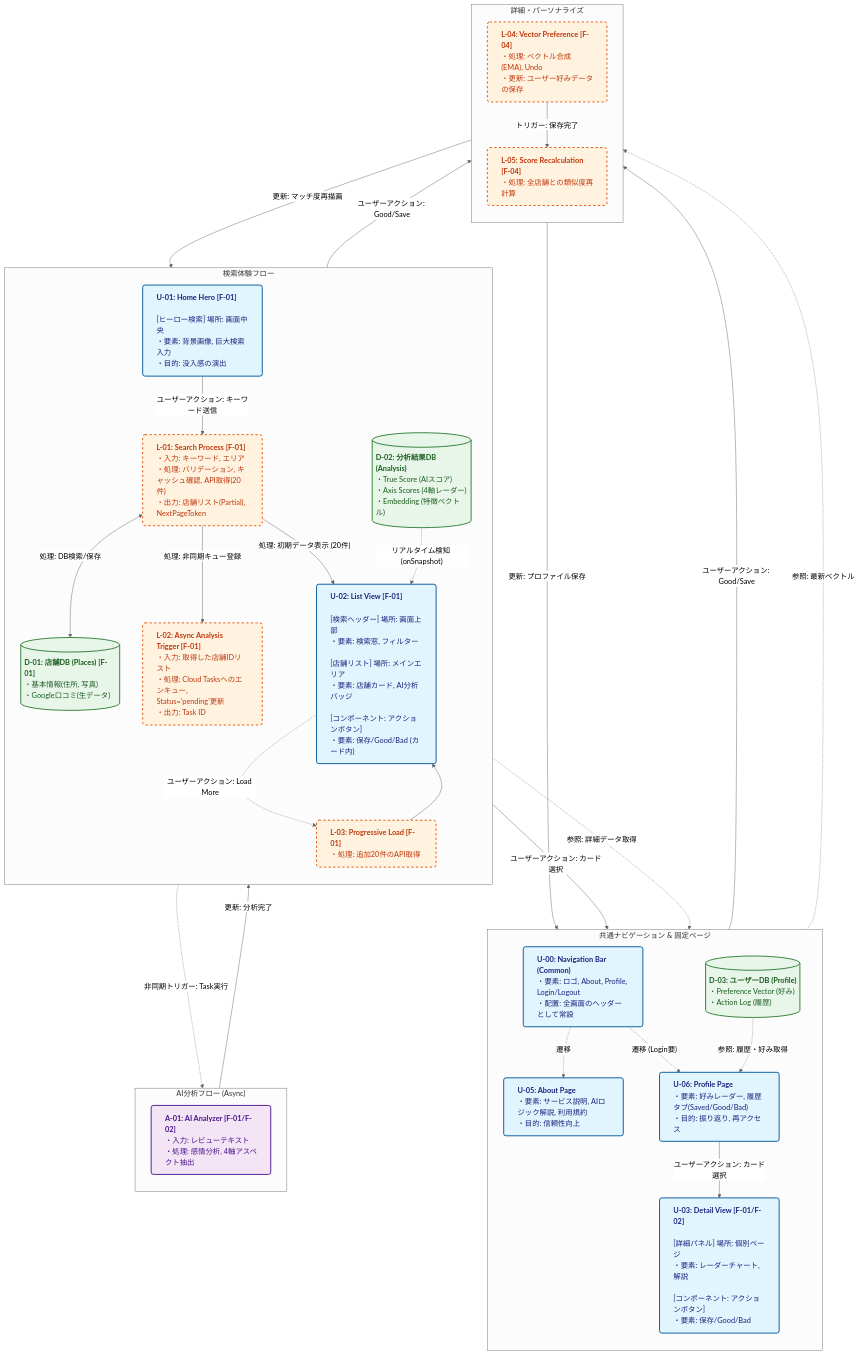
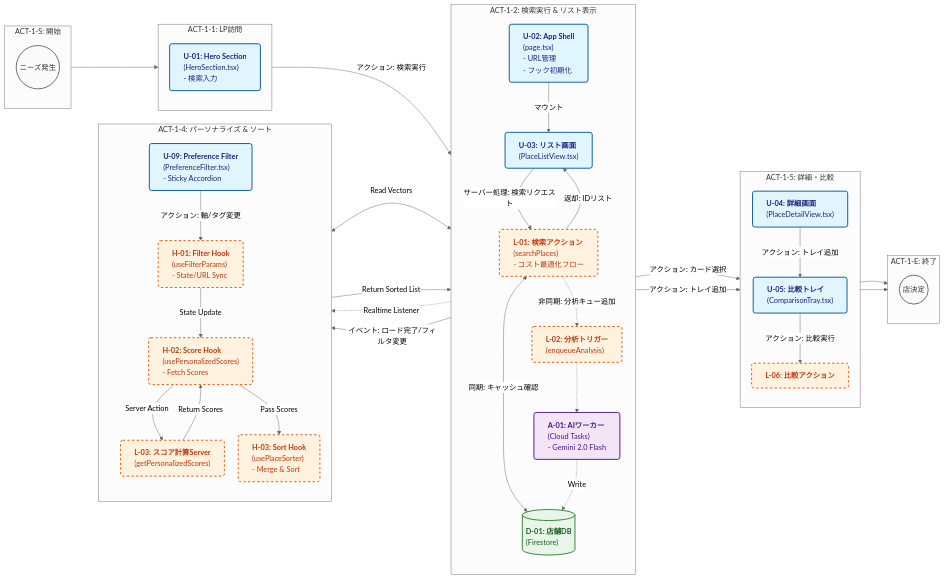
The first of 7 diagrams in docs/仕様書.md (plplbody/googlemap-reviews-AIanalyzer), drawn with Mermaid (neutral theme) before and after one commit. The commit also changed other lines of this file and 16 other files, not shown here.

````diff
--- a/docs/仕様書.md
+++ b/docs/仕様書.md
@@ -264,99 +264,89 @@
 ```mermaid
-%%{init: {'flowchart': {'useMaxWidth': false}}}%%
-flowchart TD
-    %% クラス定義
-    classDef ui fill:#e1f5fe,stroke:#01579b,stroke-width:2px,rx:5,ry:5,color:#1a237e,text-align:left;
-    classDef logic fill:#fff3e0,stroke:#e65100,stroke-width:2px,stroke-dasharray: 5 5,rx:5,ry:5,color:#bf360c,text-align:left;
-    classDef ai fill:#f3e5f5,stroke:#4a148c,stroke-width:2px,rx:5,ry:5,color:#4a148c,text-align:left;
-    classDef db fill:#e8f5e9,stroke:#2e7d32,stroke-width:2px,rx:0,ry:0,color:#1b5e20,text-align:left;
+%%{init: {'flowchart': {'useMaxWidth': false, 'rankSpacing': 60, 'nodeSpacing': 30}}}%%
+flowchart LR
+    %% Definitions
+    classDef ui fill:#e1f5fe,stroke:#01579b,stroke-width:2px,rx:5,ry:5,color:#1a237e,text-align:left
+    classDef logic fill:#fff3e0,stroke:#e65100,stroke-width:2px,stroke-dasharray: 5 5,rx:5,ry:5,color:#bf360c,text-align:left
+    classDef ai fill:#f3e5f5,stroke:#4a148c,stroke-width:2px,rx:5,ry:5,color:#4a148c,text-align:left
+    classDef db fill:#e8f5e9,stroke:#2e7d32,stroke-width:2px,rx:0,ry:0,color:#1b5e20,text-align:left
+    classDef startend fill:#fafafa,stroke:#666,stroke-width:2px,rx:20,ry:20,color:#333
 
-    %% Shared DB Nodes (Global)
-    D01[("<b>D-01: 店舗DB (Places) [F-01]</b><br/>・基本情報(住所, 写真)<br/>・Google口コミ(生データ)")]:::db
-    D02[("<b>D-02: 分析結果DB (Analysis)</b><br/>・True Score (AIスコア)<br/>・Axis Scores (4軸レーダー)<br/>・Embedding (特徴ベクトル)")]:::db
-    D03[("<b>D-03: ユーザーDB (Profile)</b><br/>・Preference Vector (好み)<br/>・Action Log (履歴)")]:::db
-
-    %% -------------------------
-    %%  Navigation & Static Pages
-    %% -------------------------
-    subgraph NavFlow ["共通ナビゲーション & 固定ページ"]
+    %% Row 1: Search & Discovery
+    subgraph ACT_1_S ["ACT-1-S: 開始"]
         direction TB
-        U00["<b>U-00: Navigation Bar (Common)</b><br/>・要素: ロゴ, About, Profile, Login/Logout<br/>・配置: 全画面のヘッダーとして常設"]:::ui
-        
-        U05["<b>U-05: About Page</b><br/>・要素: サービス説明, AIロジック解説, 利用規約<br/>・目的: 信頼性向上"]:::ui
-        U06["<b>U-06: Profile Page</b><br/>・要素: 好みレーダー, 履歴タブ(Saved/Good/Bad)<br/>・目的: 振り返り, 再アクセス"]:::ui
-
-        U00 -. "遷移" .-> U05
-        U00 -. "遷移 (Login要)" .-> U06
-        
-        D03 -. "参照: 履歴・好み取得" .-> U06
-        U06 -- "ユーザーアクション: カード選択" --> U03
+        Start((ニーズ発生)):::startend
     end
 
-    %% -------------------------
-    %%  Home -> Search Sequence
-    %% -------------------------
-    subgraph SearchFlow ["検索体験フロー"]
+    subgraph ACT_1_1 ["ACT-1-1: LP訪問"]
         direction TB
-        
-        U01["<b>U-01: Home Hero [F-01]</b><br/><br/>[ヒーロー検索] 場所: 画面中央<br/>・要素: 背景画像, 巨大検索入力<br/>・目的: 没入感の演出"]:::ui
-        
-        L01["<b>L-01: Search Process [F-01]</b><br/>・入力: キーワード, エリア<br/>・処理: バリデーション, キャッシュ確認, API取得(20件)<br/>・出力: 店舗リスト(Partial), NextPageToken"]:::logic
-        
-        L02["<b>L-02: Async Analysis Trigger [F-01]</b><br/>・入力: 取得した店舗IDリスト<br/>・処理: Cloud Tasksへのエンキュー, Status='pending'更新<br/>・出力: Task ID"]:::logic
-        
-        U02["<b>U-02: List View [F-01]</b><br/><br/>[検索ヘッダー] 場所: 画面上部<br/>・要素: 検索窓, フィルター<br/><br/>[店舗リスト] 場所: メインエリア<br/>・要素: 店舗カード, AI分析バッジ<br/><br/>[コンポーネント: アクションボタン]<br/>・要素: 保存/Good/Bad (カード内)"]:::ui
-
-        U01 -- "ユーザーアクション: キーワード送信" --> L01
-        L01 -- "処理: DB検索/保存" <--> D01
-        L01 -- "処理: 非同期キュー登録" --> L02
-        L01 -- "処理: 初期データ表示 (20件)" --> U02
-        
-        %% Realtime Update
-        D02 -. "リアルタイム検知 (onSnapshot)" .-> U02
-        
-        %% Progressive Loading
-        L03["<b>L-03: Progressive Load [F-01]</b><br/>・処理: 追加20件のAPI取得"]:::logic
-        U02 -. "ユーザーアクション: Load More" .-> L03
-        L03 --> U02
+        U_01["<b>U-01: Hero Section</b><br/>(HeroSection.tsx)<br/>- 検索入力"]:::ui
     end
 
-    %% -------------------------
-    %%  Background AI Analysis
-    %% -------------------------
-    subgraph AIFlow ["AI分析フロー (Async)"]
+    subgraph ACT_1_2 ["ACT-1-2: 検索実行 & リスト表示"]
         direction TB
-        L02 -. "非同期トリガー: Task実行" .-> A01
+        U_Page["<b>U-02: App Shell</b><br/>(page.tsx)<br/>- URL管理<br/>- フック初期化"]:::ui
+        U_List["<b>U-03: リスト画面</b><br/>(PlaceListView.tsx)"]:::ui
         
-        A01["<b>A-01: AI Analyzer [F-01/F-02]</b><br/>・入力: レビューテキスト<br/>・処理: 感情分析, 4軸アスペクト抽出"]:::ai
-        
-        A01 -- "更新: 分析完了" --> D02
+        L_01["<b>L-01: 検索アクション</b><br/>(searchPlaces)<br/>- コスト最適化フロー"]:::logic
+        L_02["<b>L-02: 分析トリガー</b><br/>(enqueueAnalysis)"]:::logic
+        A_01["<b>A-01: AIワーカー</b><br/>(Cloud Tasks)<br/>- Gemini 2.0 Flash"]:::ai
+        D_01[("<b>D-01: 店舗DB</b><br/>(Firestore)")]:::db
     end
 
-    %% -------------------------
-    %%  Detail & Personalize
-    %% -------------------------
-    subgraph DetailFlow ["詳細・パーソナライズ"]
+    subgraph ACT_1_4 ["ACT-1-4: パーソナライズ & ソート"]
         direction TB
-        
-        U02 -- "ユーザーアクション: カード選択" --> U03
-        
-        U03["<b>U-03: Detail View [F-01/F-02]</b><br/><br/>[詳細パネル] 場所: 個別ページ<br/>・要素: レーダーチャート, 解説<br/><br/>[コンポーネント: アクションボタン]<br/>・要素: 保存/Good/Bad"]:::ui
-               
-        D02 -. "参照: 詳細データ取得" .-> U03
-        
-        L04["<b>L-04: Vector Preference [F-04]</b><br/>・処理: ベクトル合成(EMA), Undo<br/>・更新: ユーザー好みデータの保存"]:::logic
-        
-        U02 -- "ユーザーアクション: Good/Save" --> L04
-        U03 -- "ユーザーアクション: Good/Save" --> L04
-        L04 -- "更新: プロファイル保存" --> D03
-        
-        %% Realtime Score Update
-        L05["<b>L-05: Score Recalculation [F-04]</b><br/>・処理: 全店舗との類似度再計算"]:::logic
-        
-        L04 -- "トリガー: 保存完了" --> L05
-        D03 -. "参照: 最新ベクトル" .-> L05
-        L05 -- "更新: マッチ度再描画" --> U02
+        U_Filter["<b>U-09: Preference Filter</b><br/>(PreferenceFilter.tsx)<br/>- Sticky Accordion"]:::ui
+        H_Filter["<b>H-01: Filter Hook</b><br/>(useFilterParams)<br/>- State/URL Sync"]:::logic
+        H_Score["<b>H-02: Score Hook</b><br/>(usePersonalizedScores)<br/>- Fetch Scores"]:::logic
+        H_Sort["<b>H-03: Sort Hook</b><br/>(usePlaceSorter)<br/>- Merge & Sort"]:::logic
+        L_03["<b>L-03: スコア計算Server</b><br/>(getPersonalizedScores)"]:::logic
     end
 
+    subgraph ACT_1_5 ["ACT-1-5: 詳細・比較"]
+        direction TB
+        U_Detail["<b>U-04: 詳細画面</b><br/>(PlaceDetailView.tsx)"]:::ui
+        U_Tray["<b>U-05: 比較トレイ</b><br/>(ComparisonTray.tsx)"]:::ui
+        L_06["<b>L-06: 比較アクション</b>"]:::logic
+    end
 
+    subgraph ACT_1_E ["ACT-1-E: 終了"]
+        direction TB
+        End((店決定)):::startend
+    end
+
+    %% Flows
+    ACT_1_S --> ACT_1_1
+    ACT_1_1 -- "アクション: 検索実行" --> U_Page
+    U_Page -- "マウント" --> U_List
+
+    %% Search Loop
+    U_List -- "サーバー処理: 検索リクエスト" --> L_01
+    L_01 <-- "同期: キャッシュ確認" --> D_01
+    L_01 -- "返却: IDリスト" --> U_List
+    
+    %% Async Analysis
+    L_01 -. "非同期: 分析キュー追加" .-> L_02
+    L_02 -.-> A_01
+    A_01 -. "Write" .-> D_01
+    D_01 -. "Realtime Listener" .-> H_Sort
+
+    %% Personalization Loop (Hook Driven)
+    U_List -- "イベント: ロード完了/フィルタ変更" --> H_Score
+    U_Filter -- "アクション: 軸/タグ変更" --> H_Filter
+    H_Filter -- "State Update" --> H_Score
+    H_Score -- "Server Action" --> L_03
+    L_03 <-- "Read Vectors" --> D_01
+    L_03 -- "Return Scores" --> H_Score
+    H_Score -- "Pass Scores" --> H_Sort
+    H_Sort -- "Return Sorted List" --> U_List
+
+    %% Detail & Compare
+    U_List -- "アクション: カード選択" --> U_Detail
+    U_List -- "アクション: トレイ追加" --> U_Tray
+    U_Detail -- "アクション: トレイ追加" --> U_Tray
+    U_Tray -- "アクション: 比較実行" --> L_06
+    
+    %% End
+    U_Detail --> End
+    L_06 --> End
 ```
````
